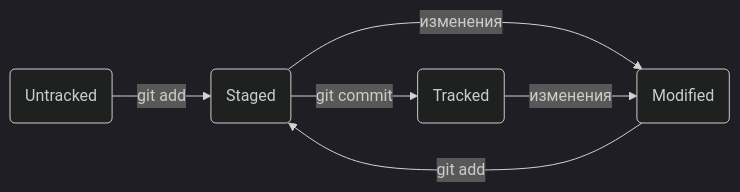
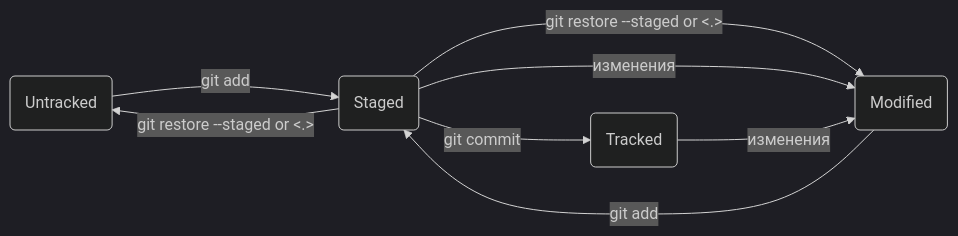
Before and after one commit to IgnatyKhramtsov/project_in_the_world: the first of 3 diagrams in README.md, drawn with Mermaid (dark theme). The commit also changed other lines of this file, not shown here.

````diff
--- a/README.md
+++ b/README.md
@@ -19,9 +19,11 @@
 ```mermaid
 flowchart LR
 
 U(Untracked) -->|git add| S(Staged)
+S -->|git restore --staged <file> or <.>| U
+S -->|git restore --staged <file> or <.>| M
 M(Modified) -->|git add| S
 S -->|изменения| M
 S -->|git commit| T(Tracked)
 T -->|изменения| M
 ```
````
